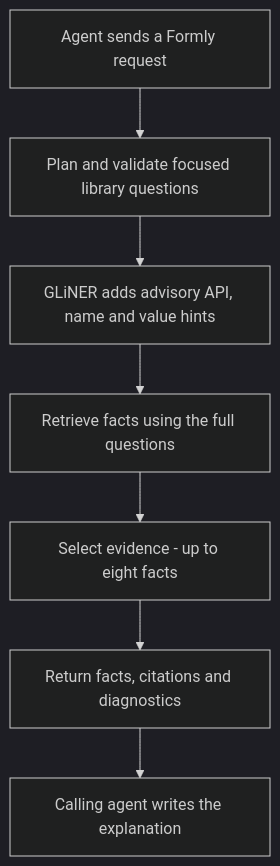
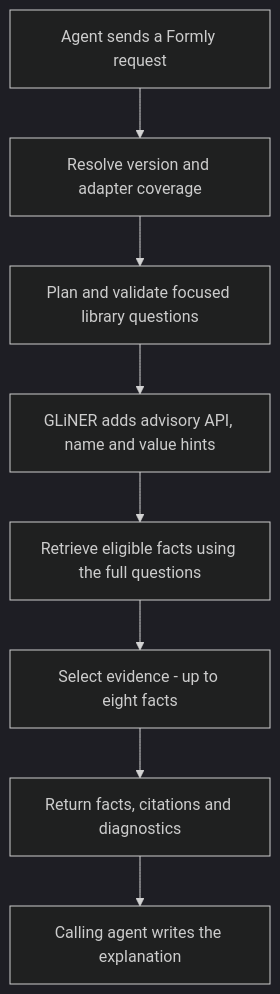
One commit to dills122/ask-formly changed the third of 4 diagrams in README.md. Above: the diagram before and after it, drawn with Mermaid (dark theme). The commit also changed other lines of this file and 123 other files, not shown here.

````diff
--- a/README.md
+++ b/README.md
@@ -97,9 +125,10 @@
 ```mermaid
 flowchart TD
-    Request[Agent sends a Formly request] --> Plan[Plan and validate focused library questions]
+    Request[Agent sends a Formly request] --> Scope[Resolve version and adapter coverage]
+    Scope --> Plan[Plan and validate focused library questions]
     Plan --> Annotate[GLiNER adds advisory API, name and value hints]
-    Annotate --> Retrieve[Retrieve facts using the full questions]
+    Annotate --> Retrieve[Retrieve eligible facts using the full questions]
     Retrieve --> Select[Select evidence - up to eight facts]
     Select --> Return[Return facts, citations and diagnostics]
     Return --> Explain[Calling agent writes the explanation]
 ```
````
